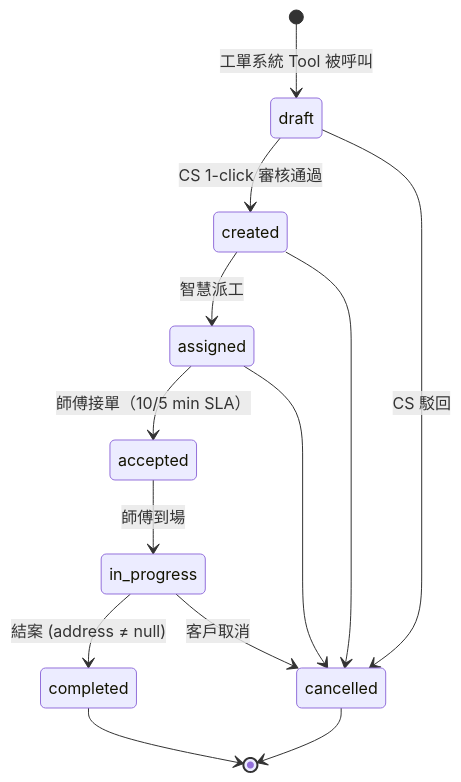
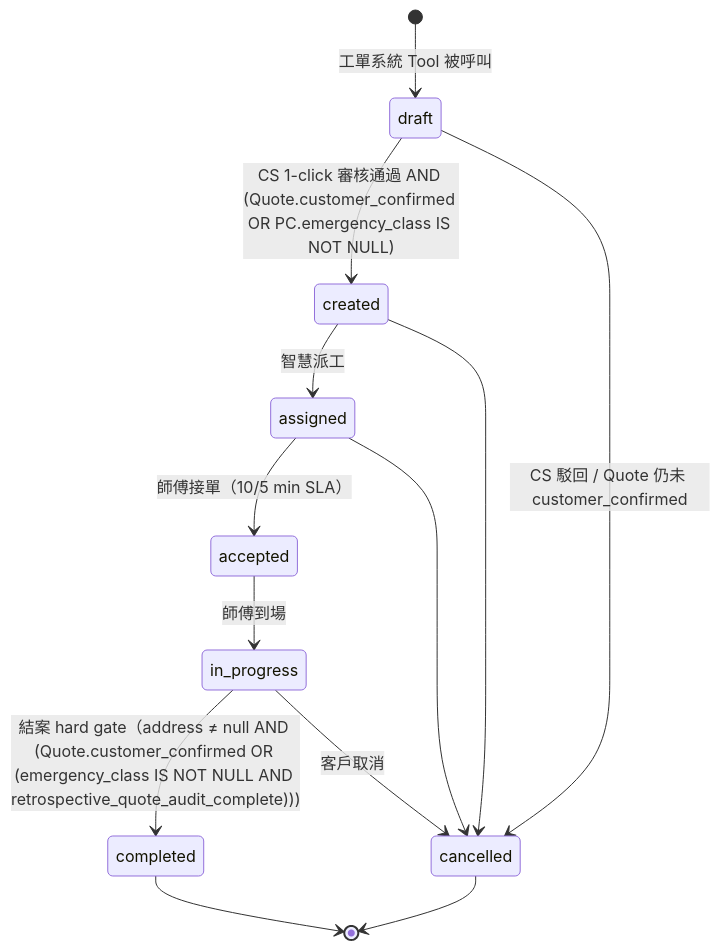
One commit to Zenobia000/chatlock_dev_docs changed the fourth of 7 diagrams in docs/analysis/system-spec-smart-lock-saas.md. Above: the diagram before and after it, drawn with Mermaid. The commit also changed other lines of this file and 11 other files, not shown here.

````diff
--- a/docs/analysis/system-spec-smart-lock-saas.md
+++ b/docs/analysis/system-spec-smart-lock-saas.md
@@ -103,15 +129,15 @@
 ```mermaid
 stateDiagram-v2
     [*] --> draft : 工單系統 Tool 被呼叫
-    draft --> created : CS 1-click 審核通過
-    draft --> cancelled : CS 駁回
+    draft --> created : CS 1-click 審核通過 AND (Quote.customer_confirmed OR PC.emergency_class IS NOT NULL)
+    draft --> cancelled : CS 駁回 / Quote 仍未 customer_confirmed
     created --> assigned : 智慧派工
     assigned --> accepted : 師傅接單（10/5 min SLA）
     accepted --> in_progress : 師傅到場
-    in_progress --> completed : 結案 (address ≠ null)
+    in_progress --> completed : 結案 hard gate（address ≠ null AND (Quote.customer_confirmed OR (emergency_class IS NOT NULL AND retrospective_quote_audit_complete)))
     in_progress --> cancelled : 客戶取消
     created --> cancelled
     assigned --> cancelled
     completed --> [*]
     cancelled --> [*]
 ```
````
